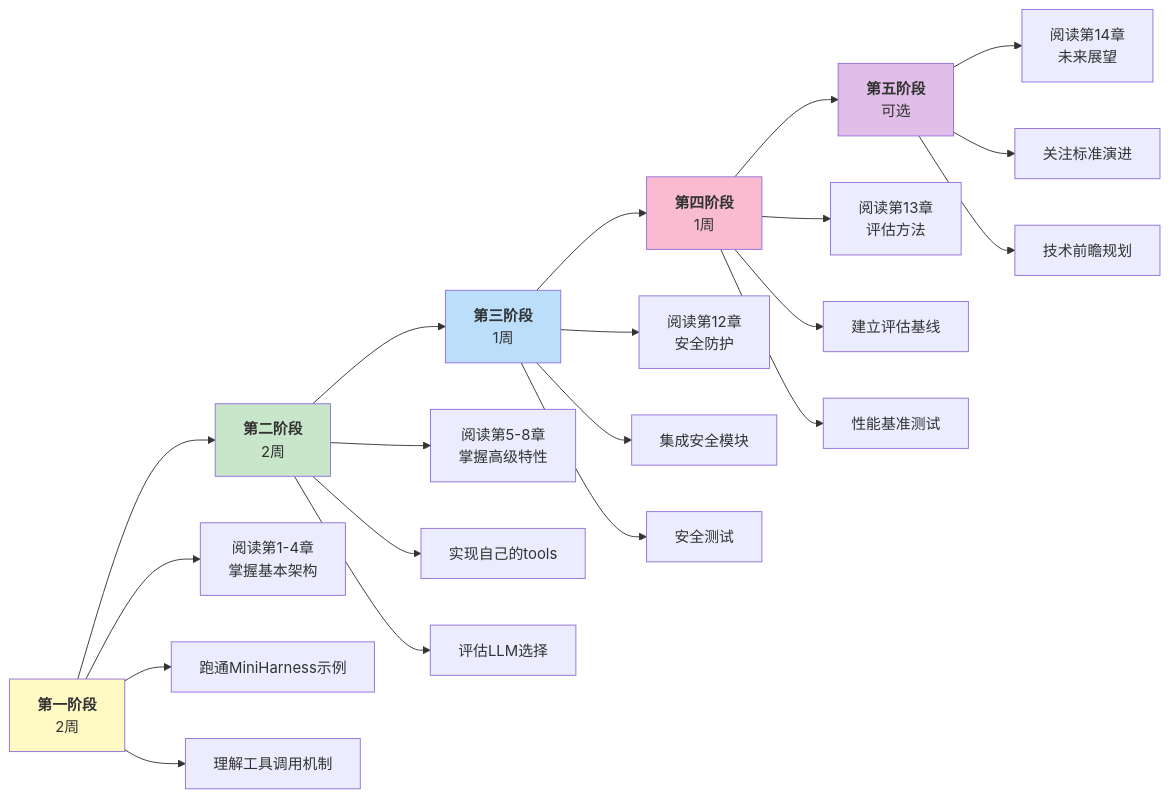
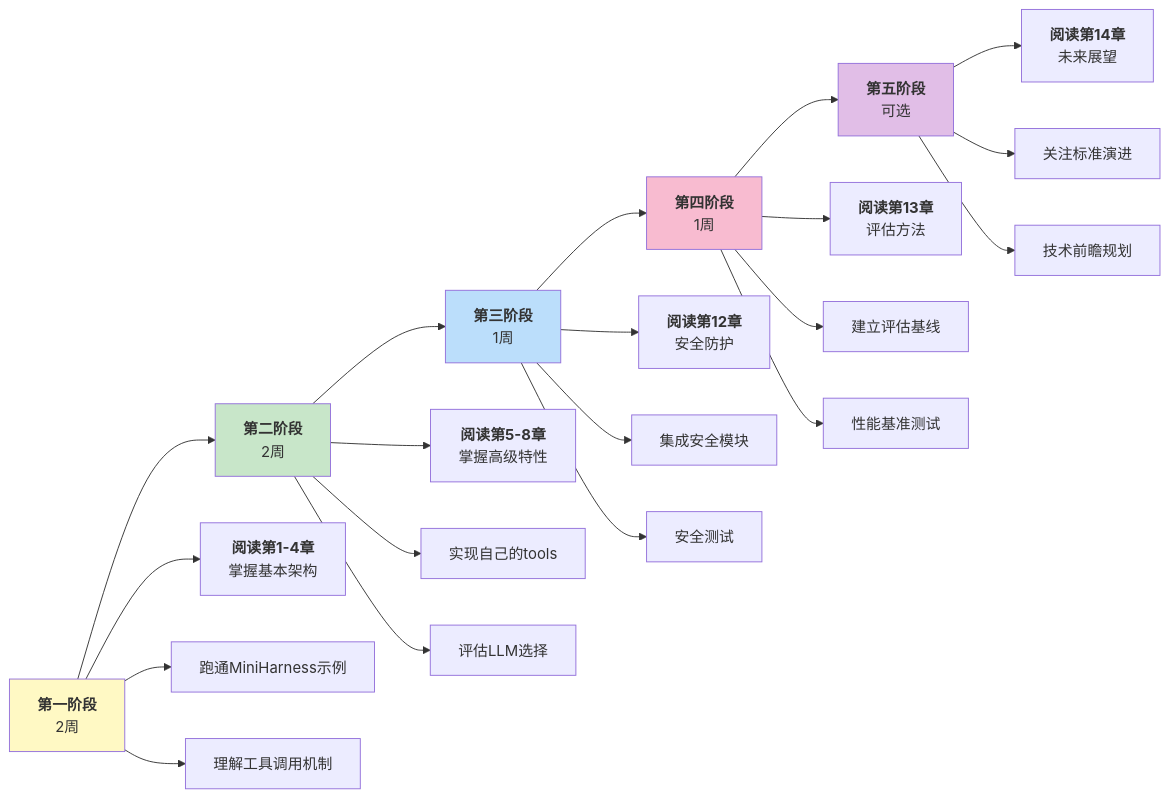
Before and after one commit to yeasy/harness_engineering_guide: the diagram in 14_future/summary.md, drawn with Mermaid. The commit also changed other lines of this file and 15 other files, not shown here.

````diff
--- a/14_future/summary.md
+++ b/14_future/summary.md
@@ -160,33 +160,33 @@
 ```mermaid
 graph LR
     A["<b>第一阶段</b><br/>2周"] --> B["<b>第二阶段</b><br/>2周"]
     B --> C["<b>第三阶段</b><br/>1周"]
     C --> D["<b>第四阶段</b><br/>1周"]
     D --> E["<b>第五阶段</b><br/>可选"]
 
-    A --> A1["阅读第1-4章<br/>掌握基本架构"]
+    A --> A1["<b>阅读第1-4章</b><br/>掌握基本架构"]
     A --> A2["跑通MiniHarness示例"]
     A --> A3["理解工具调用机制"]
 
-    B --> B1["阅读第5-8章<br/>掌握高级特性"]
+    B --> B1["<b>阅读第5-8章</b><br/>掌握高级特性"]
     B --> B2["实现自己的tools"]
     B --> B3["评估LLM选择"]
 
-    C --> C1["阅读第12章<br/>安全防护"]
+    C --> C1["<b>阅读第12章</b><br/>安全防护"]
     C --> C2["集成安全模块"]
     C --> C3["安全测试"]
 
-    D --> D1["阅读第13章<br/>评估方法"]
+    D --> D1["<b>阅读第13章</b><br/>评估方法"]
     D --> D2["建立评估基线"]
     D --> D3["性能基准测试"]
 
-    E --> E1["阅读第14章<br/>未来展望"]
+    E --> E1["<b>阅读第14章</b><br/>未来展望"]
     E --> E2["关注标准演进"]
     E --> E3["技术前瞻规划"]
 
     style A fill:#fff9c4
     style B fill:#c8e6c9
     style C fill:#bbdefb
     style D fill:#f8bbd0
     style E fill:#e1bee7
 ```
````
